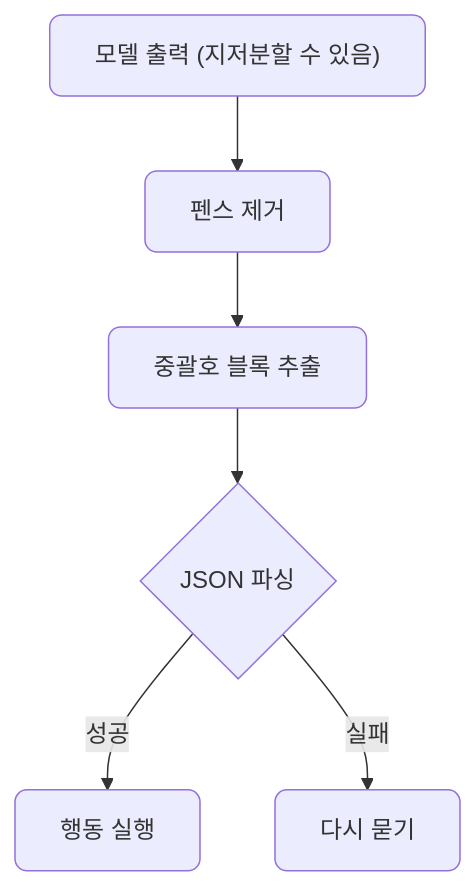
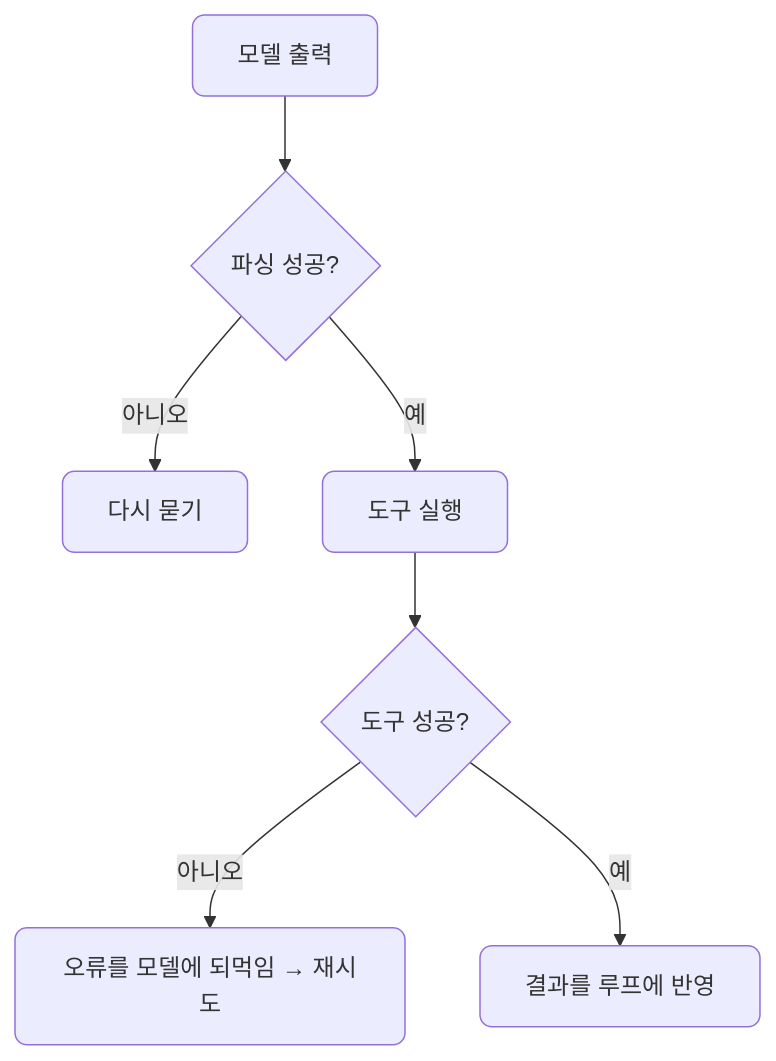
The seventh of 10 diagrams in docs/section4/lec02/README.md (CodeCompose7/ai_service_engineering), drawn with Mermaid before and after one commit. The commit also changed other lines of this file and 2 other files, not shown here.

````diff
--- a/docs/section4/lec02/README.md
+++ b/docs/section4/lec02/README.md
@@ -112,9 +121,10 @@
 ```mermaid
 flowchart TD
-  R["모델 출력 (지저분할 수 있음)"] --> F["펜스 제거"]
-  F --> B["중괄호 블록 추출"]
-  B --> P{"JSON 파싱"}
-  P -->|"성공"| OK["행동 실행"]
-  P -->|"실패"| RE["다시 묻기"]
+  O["모델 출력"] --> PG{"파싱 성공?"}
+  PG -->|"아니오"| RP["다시 묻기"]
+  PG -->|"예"| TD2["도구 실행"]
+  TD2 --> TR{"도구 성공?"}
+  TR -->|"아니오"| FE["오류를 모델에 되먹임 → 재시도"]
+  TR -->|"예"| RES["결과를 루프에 반영"]
   classDef default rx:8,ry:8;
 ```
````
